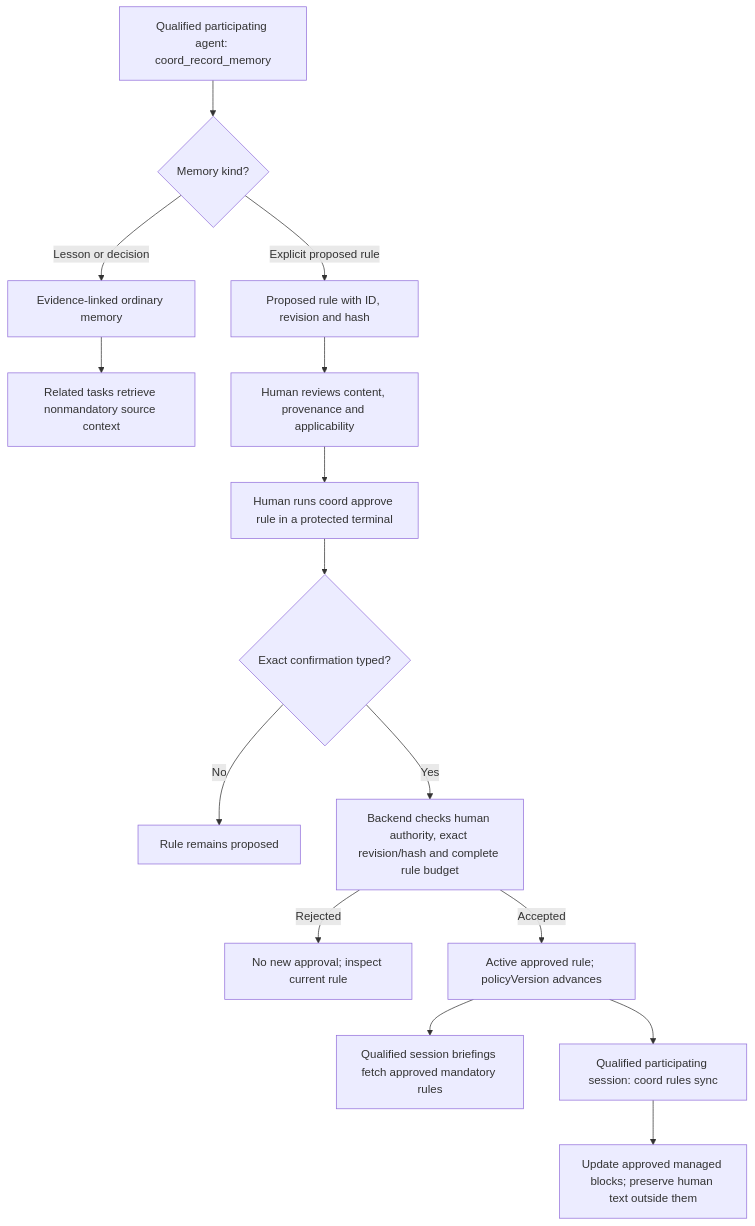
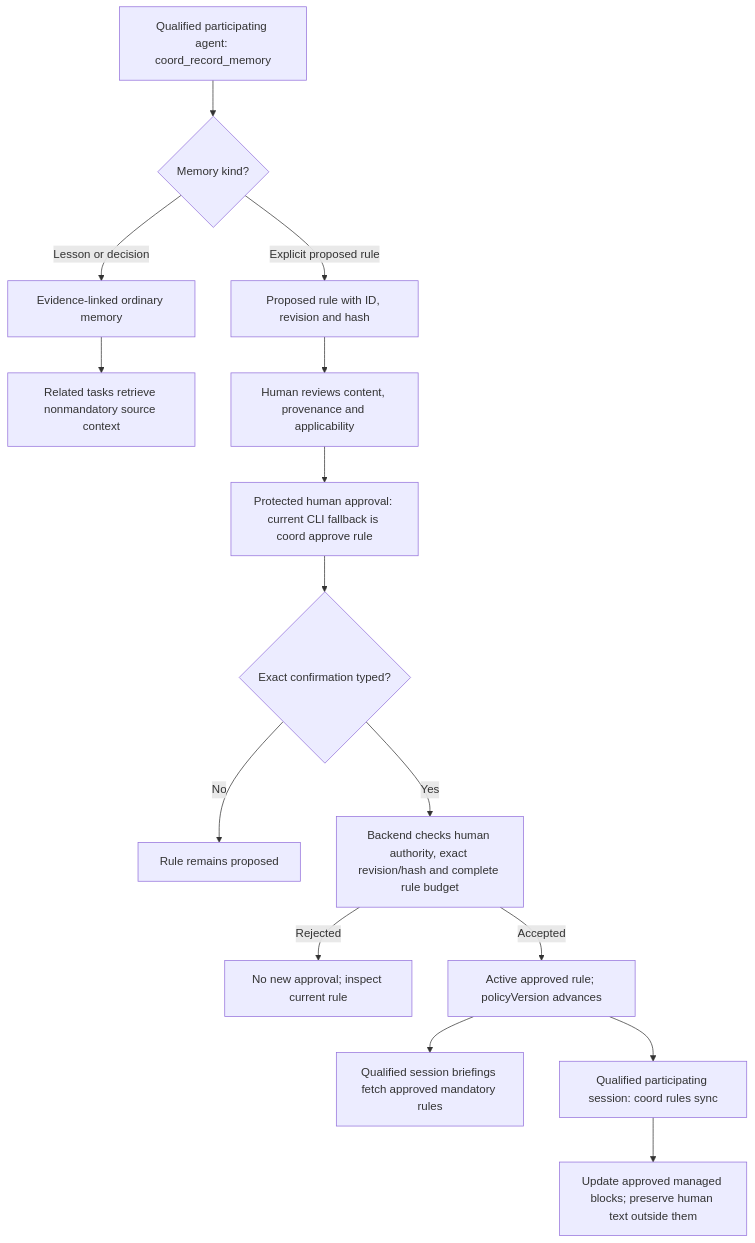
One commit to johntimothybailey/coord changed the diagram in README.md. Above: the diagram before and after it, drawn with Mermaid. The commit also changed other lines of this file and 2 other files, not shown here.

````diff
--- a/README.md
+++ b/README.md
@@ -27,17 +33,17 @@
 ```mermaid
 flowchart TD
     A["Qualified participating agent: coord_record_memory"] --> K{"Memory kind?"}
     K -->|Lesson or decision| L["Evidence-linked ordinary memory"]
     L --> C["Related tasks retrieve nonmandatory source context"]
     K -->|Explicit proposed rule| P["Proposed rule with ID, revision and hash"]
     P --> H["Human reviews content, provenance and applicability"]
-    H --> T["Human runs coord approve rule in a protected terminal"]
+    H --> T["Protected human approval: current CLI fallback is coord approve rule"]
     T --> D{"Exact confirmation typed?"}
     D -->|No| N["Rule remains proposed"]
     D -->|Yes| B["Backend checks human authority, exact revision/hash and complete rule budget"]
     B -->|Rejected| E["No new approval; inspect current rule"]
     B -->|Accepted| R["Active approved rule; policyVersion advances"]
     R --> F["Qualified session briefings fetch approved mandatory rules"]
     R --> S["Qualified participating session: coord rules sync"]
     S --> W["Update approved managed blocks; preserve human text outside them"]
 ```
````
